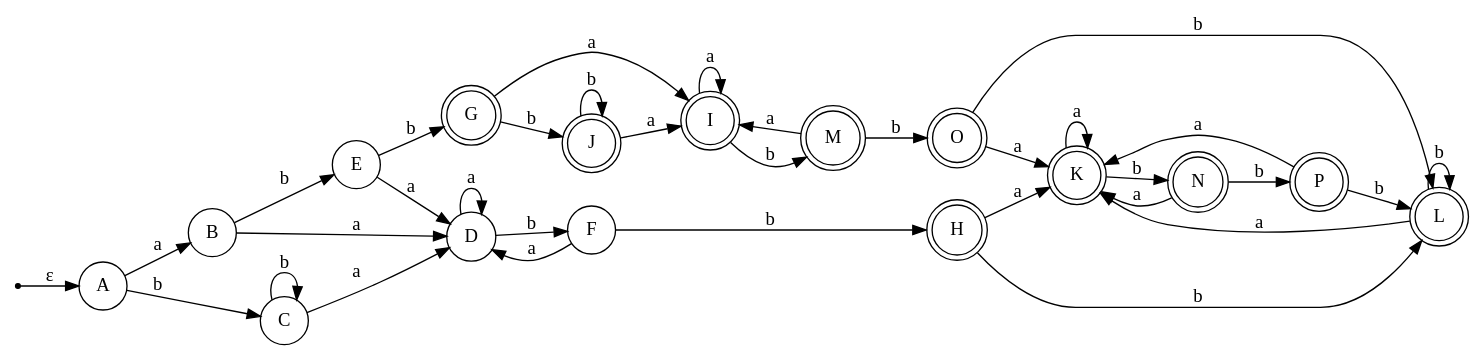
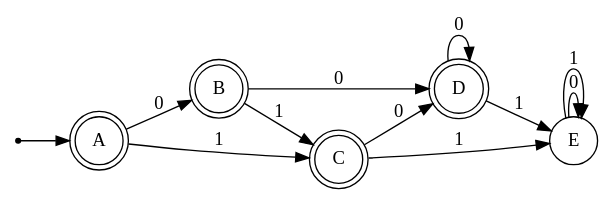
Before and after one commit to DiggsPapu/TeoriaComputacion: the diagram in Graphs/AFD/afd4.dot, drawn with Graphviz. The commit also changed 34 other files, not shown here.

```diff
--- a/Graphs/AFD/afd4.dot
+++ b/Graphs/AFD/afd4.dot
@@ -1,53 +1,21 @@
 digraph AFD{
 node [shape=circle];
 rankdir=LR;
+A[shape=doublecircle] [label="A"];
+B[shape=doublecircle] [label="B"];
+C[shape=doublecircle] [label="C"];
+D[shape=doublecircle] [label="D"];
+E [label="E"];
 init [label="", shape=point];
-B [label="B"];
-C [label="C"];
-D [label="D"];
-E [label="E"];
-F [label="F"];
-G[shape=doublecircle] [label="G"];
-H[shape=doublecircle] [label="H"];
-I[shape=doublecircle] [label="I"];
-J[shape=doublecircle] [label="J"];
-K[shape=doublecircle] [label="K"];
-L[shape=doublecircle] [label="L"];
-M[shape=doublecircle] [label="M"];
-N[shape=doublecircle] [label="N"];
-O[shape=doublecircle] [label="O"];
-P[shape=doublecircle] [label="P"];
-init->A[label="ε"];
-A->B[label="a"];
-A->C[label="b"];
-B->D[label="a"];
-B->E[label="b"];
-C->D[label="a"];
-C->C[label="b"];
-D->D[label="a"];
-D->F[label="b"];
-E->D[label="a"];
-E->G[label="b"];
-F->D[label="a"];
-F->H[label="b"];
-G->I[label="a"];
-G->J[label="b"];
-H->K[label="a"];
-H->L[label="b"];
-I->I[label="a"];
-I->M[label="b"];
-J->I[label="a"];
-J->J[label="b"];
-K->K[label="a"];
-K->N[label="b"];
-L->K[label="a"];
-L->L[label="b"];
-M->I[label="a"];
-M->O[label="b"];
-N->K[label="a"];
-N->P[label="b"];
-O->K[label="a"];
-O->L[label="b"];
-P->K[label="a"];
-P->L[label="b"];
+init->A;
+A->B[label="0"];
+A->C[label="1"];
+B->D[label="0"];
+B->C[label="1"];
+C->D[label="0"];
+C->E[label="1"];
+D->D[label="0"];
+D->E[label="1"];
+E->E[label="0"];
+E->E[label="1"];
 }
```
